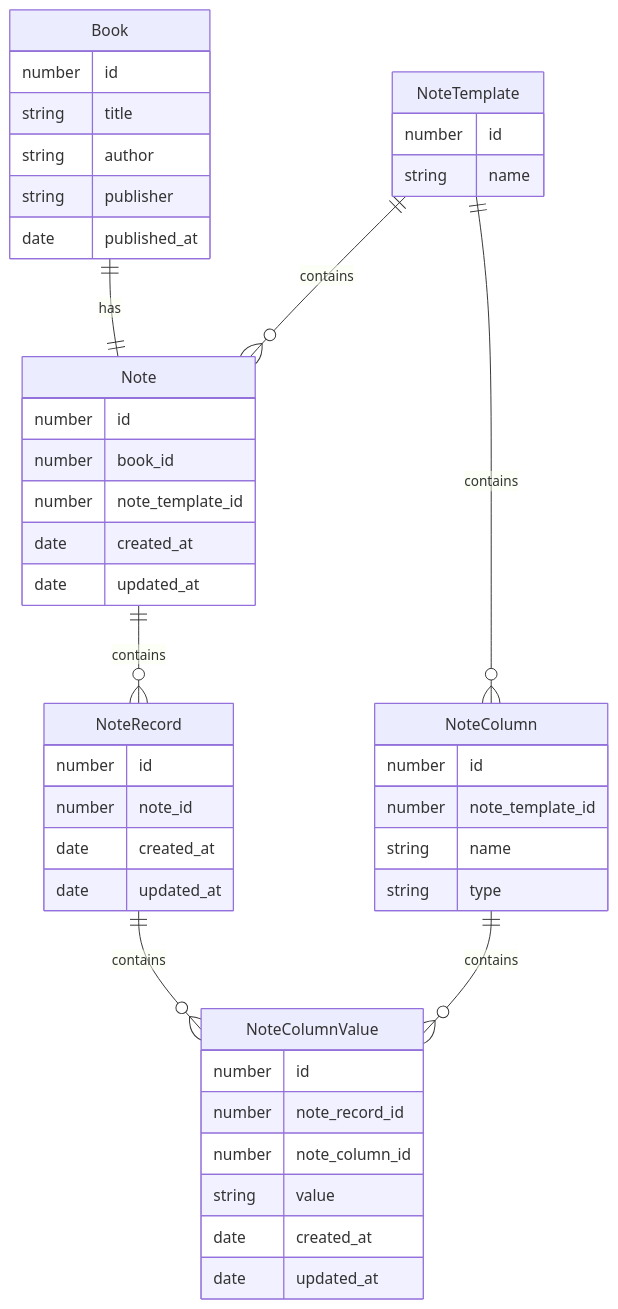
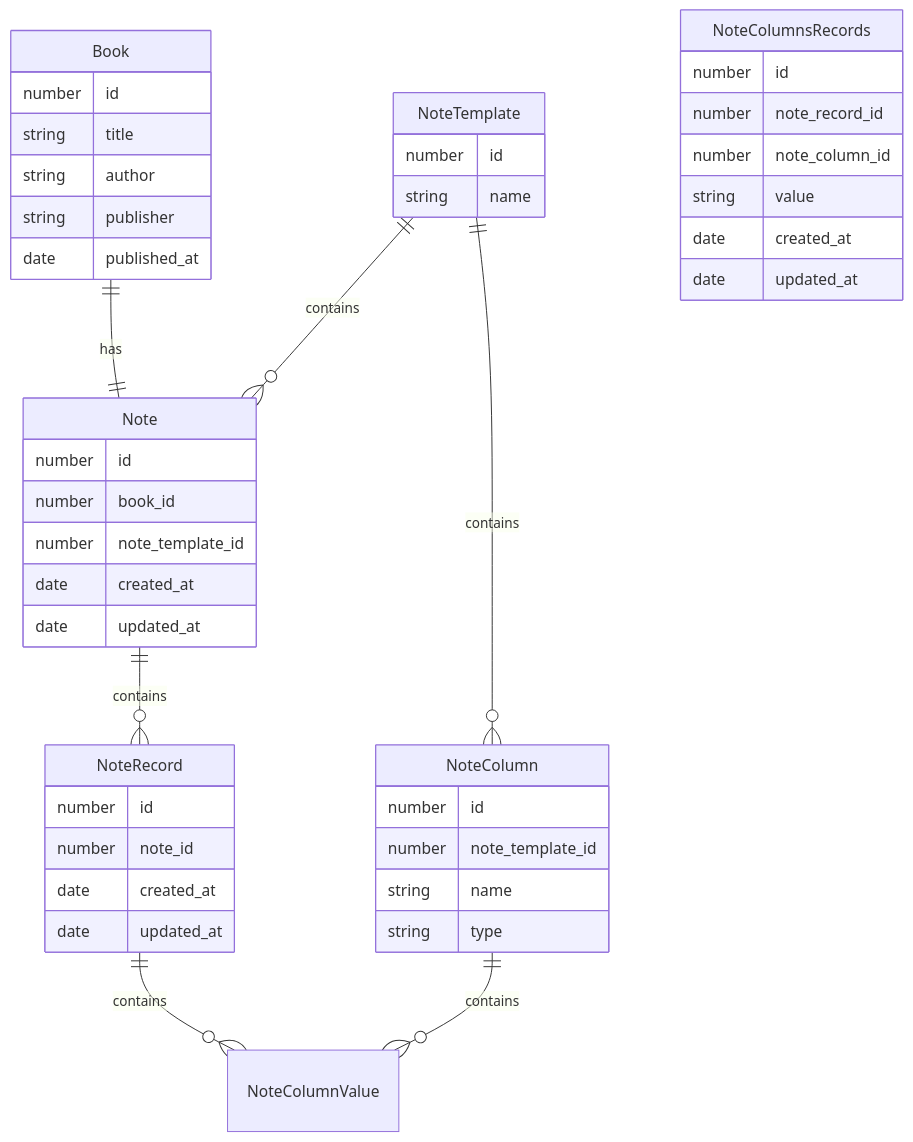
The first of 2 diagrams in docs/01.設計/lenin-note/index.md (yami0thiele/self-learning-manager), drawn with Mermaid before and after one commit. The commit also changed 10 other files, not shown here.

````diff
--- a/docs/01.設計/lenin-note/index.md
+++ b/docs/01.設計/lenin-note/index.md
@@ -13,53 +13,53 @@
 ```mermaid
 erDiagram
     Book {
       number id
       string title
       string author
       string publisher
       date published_at
     }
 
     NoteTemplate {
       number id
       string name
     }
 
     NoteColumn {
       number id
       number note_template_id
       string name
       string type
     }
 
     Note {
       number id
       number book_id
       number note_template_id
       date created_at
       date updated_at
     }
 
     NoteRecord {
       number id
       number note_id
       date created_at
       date updated_at
     }
 
-    NoteColumnValue {
+    NoteColumnsRecords {
       number id
       number note_record_id
       number note_column_id
       string value
       date created_at
       date updated_at
     }
 
     NoteTemplate ||--o{ Note : contains
     NoteTemplate ||--o{ NoteColumn : contains
     Book ||--|| Note : has
     Note ||--o{ NoteRecord : contains
     NoteRecord ||--o{ NoteColumnValue : contains
     NoteColumn ||--o{ NoteColumnValue : contains
 ```
````
